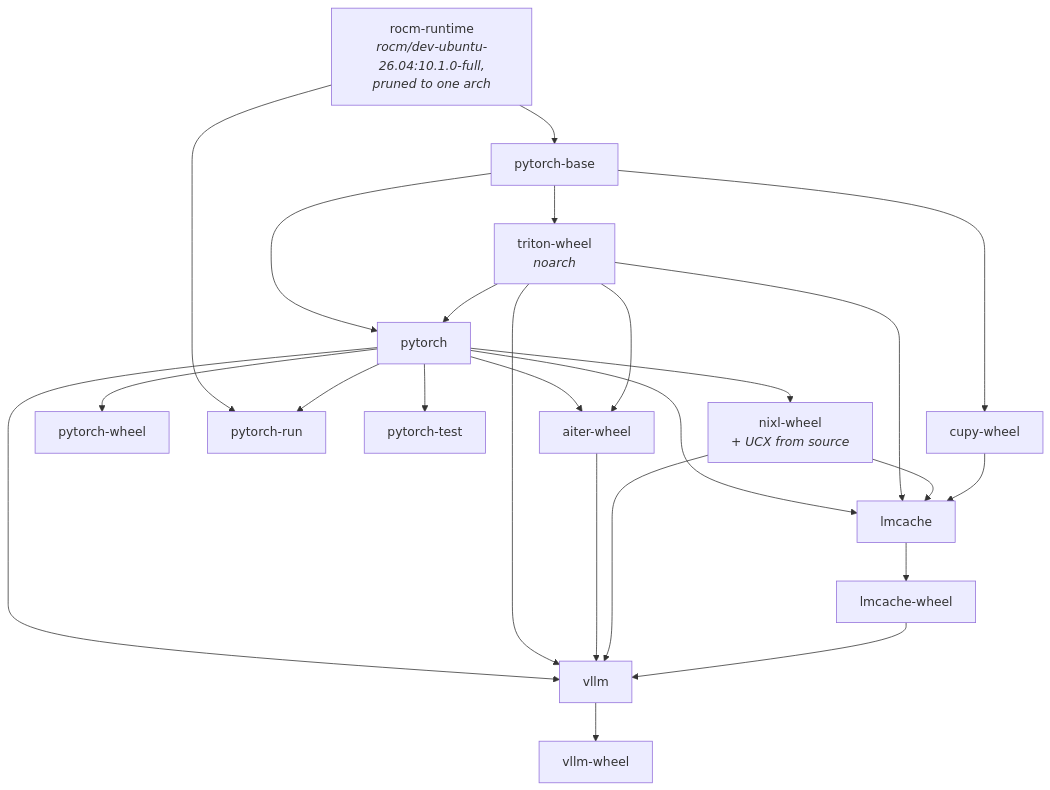
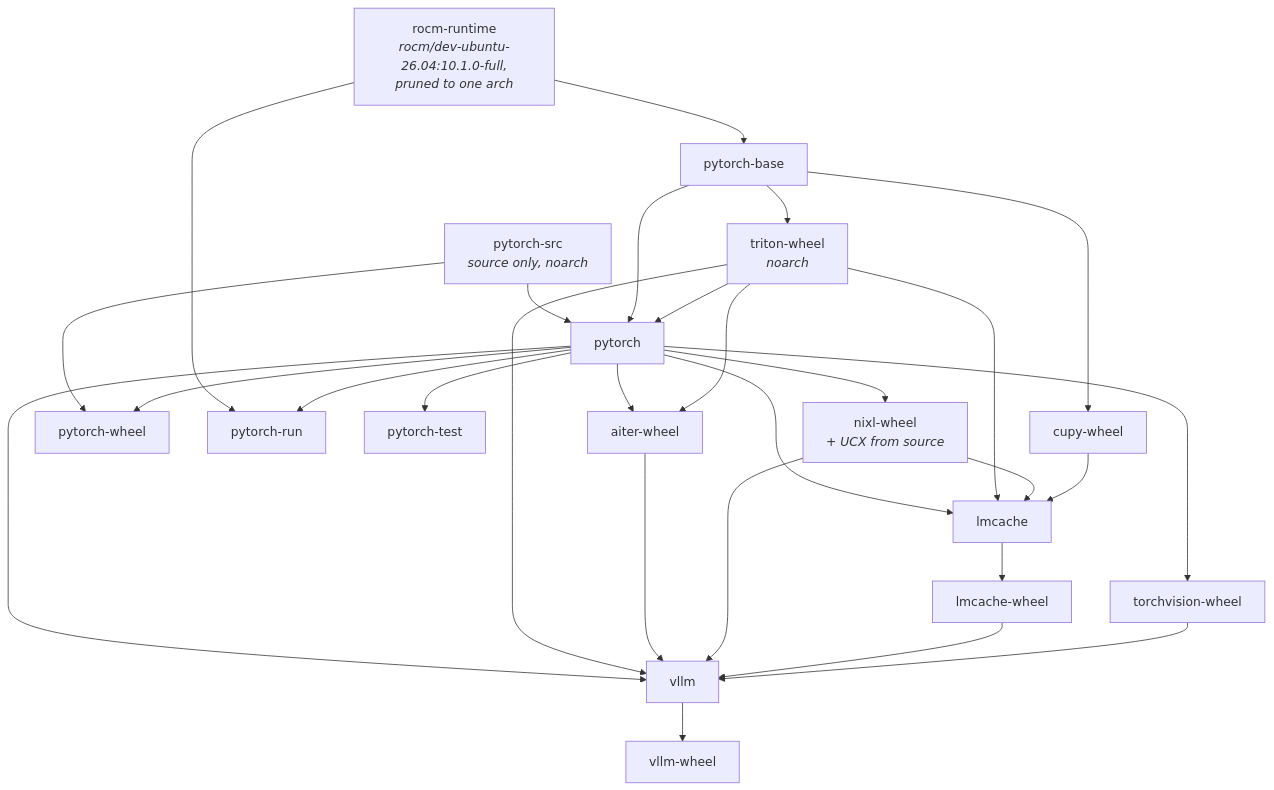
Before and after one commit to sbates130272/rocm-bake: the diagram in docs/architecture/build-graph.md, drawn with Mermaid. The commit also changed other lines of this file and 20 other files, not shown here.

````diff
--- a/docs/architecture/build-graph.md
+++ b/docs/architecture/build-graph.md
@@ -7,41 +7,47 @@
 ```mermaid
 flowchart TD
     rocm["rocm-runtime<br/><i>rocm/dev-ubuntu-26.04:10.1.0-full,<br/>pruned to one arch</i>"]
     base["pytorch-base"]
+    src["pytorch-src<br/><i>source only, noarch</i>"]
     triton["triton-wheel<br/><i>noarch</i>"]
     cupy["cupy-wheel"]
     pt["pytorch"]
     ptw["pytorch-wheel"]
     run["pytorch-run"]
     test["pytorch-test"]
     aiter["aiter-wheel"]
+    tv["torchvision-wheel"]
     nixl["nixl-wheel<br/><i>+ UCX from source</i>"]
     lmc["lmcache"]
     lmcw["lmcache-wheel"]
     vllm["vllm"]
     vllmw["vllm-wheel"]
 
     rocm --> base
+    src --> pt
+    src --> ptw
     rocm --> run
     base --> triton
     base --> cupy
     base --> pt
     triton --> pt
     pt --> ptw
     pt --> run
     pt --> test
     pt --> aiter
     triton --> aiter
+    pt --> tv
     pt --> nixl
     pt --> lmc
     triton --> lmc
     nixl --> lmc
     cupy --> lmc
     lmc --> lmcw
     pt --> vllm
     triton --> vllm
     aiter --> vllm
     nixl --> vllm
     lmcw --> vllm
+    tv --> vllm
     vllm --> vllmw
 ```
````
